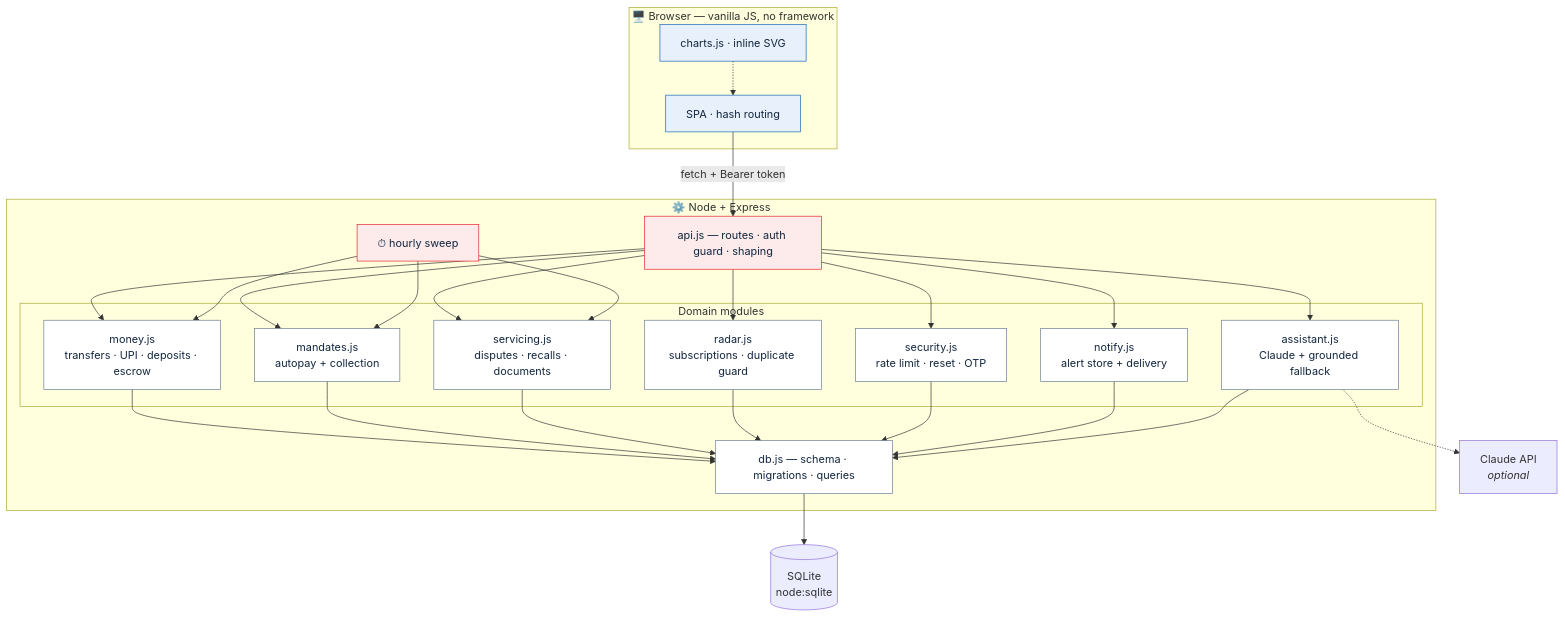
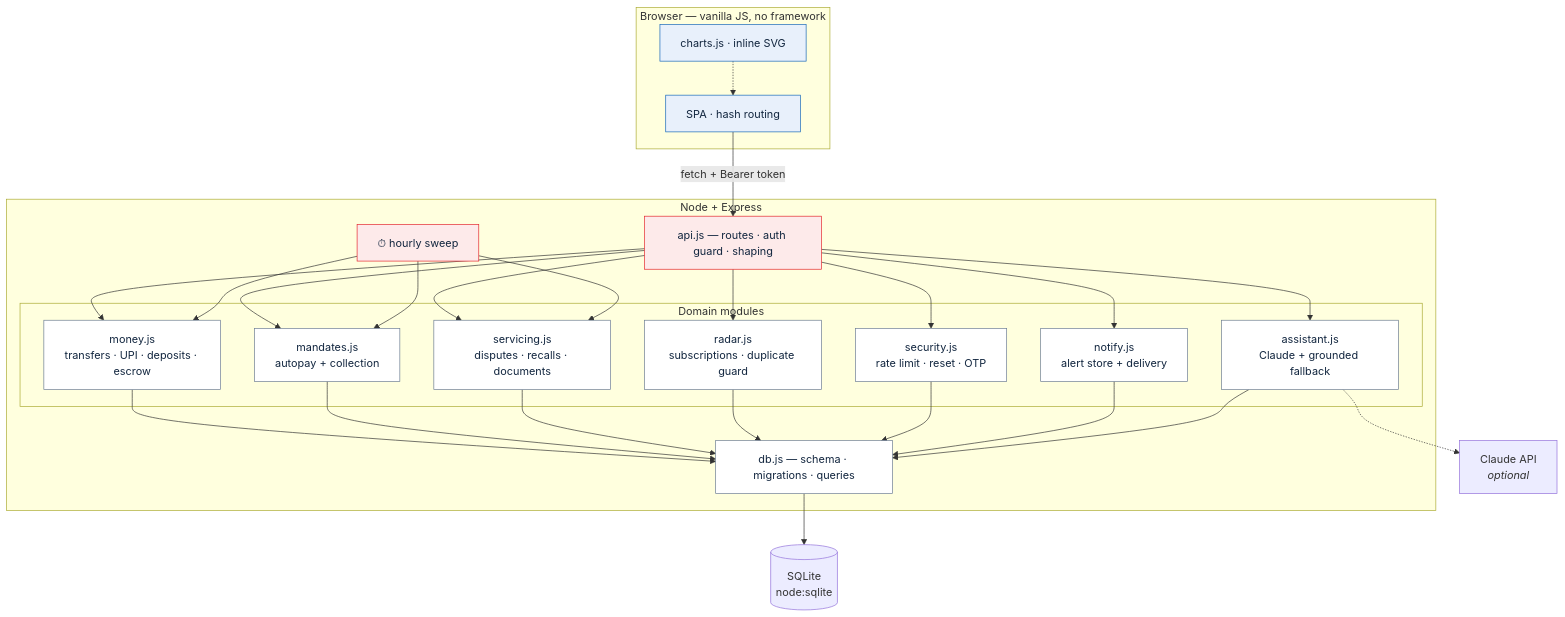
One commit to Aahan0605/banking-website changed the first of 2 diagrams in README.md. Above: the diagram before and after it, drawn with Mermaid. The commit also changed other lines of this file, not shown here.

````diff
--- a/README.md
+++ b/README.md
@@ -40,43 +40,43 @@
 ```mermaid
 flowchart TB
-    subgraph client["🖥️  Browser — vanilla JS, no framework"]
+    subgraph client["Browser — vanilla JS, no framework"]
         UI["SPA · hash routing"]
         CH["charts.js · inline SVG"]
     end
 
-    subgraph server["⚙️  Node + Express"]
+    subgraph server["Node + Express"]
         API["api.js — routes · auth guard · shaping"]
 
         subgraph domain["Domain modules"]
             MONEY["money.js<br/>transfers · UPI · deposits · escrow"]
             MAND["mandates.js<br/>autopay + collection"]
             SERV["servicing.js<br/>disputes · recalls · documents"]
             RADAR["radar.js<br/>subscriptions · duplicate guard"]
             AI["assistant.js<br/>Claude + grounded fallback"]
             SEC["security.js<br/>rate limit · reset · OTP"]
             NOTIF["notify.js<br/>alert store + delivery"]
         end
 
         DB["db.js — schema · migrations · queries"]
         SWEEP["⏱ hourly sweep"]
     end
 
     STORE[("SQLite<br/>node:sqlite")]
     CLAUDE["Claude API<br/><i>optional</i>"]
 
     UI -- "fetch + Bearer token" --> API
     CH -.-> UI
     API --> MONEY & MAND & SERV & RADAR & AI & SEC & NOTIF
     MONEY & MAND & SERV & RADAR & SEC & NOTIF --> DB
     AI -.-> CLAUDE
     AI --> DB
     DB --> STORE
     SWEEP --> MONEY & MAND & SERV
 
     classDef c fill:#e8f0fb,stroke:#1466b8,color:#12263f
     classDef s fill:#fdeaea,stroke:#e4262c,color:#12263f
     classDef d fill:#fff,stroke:#6b7c93,color:#12263f
     class UI,CH c
     class API,SWEEP s
     class MONEY,MAND,SERV,RADAR,AI,SEC,NOTIF,DB d
 ```
````
